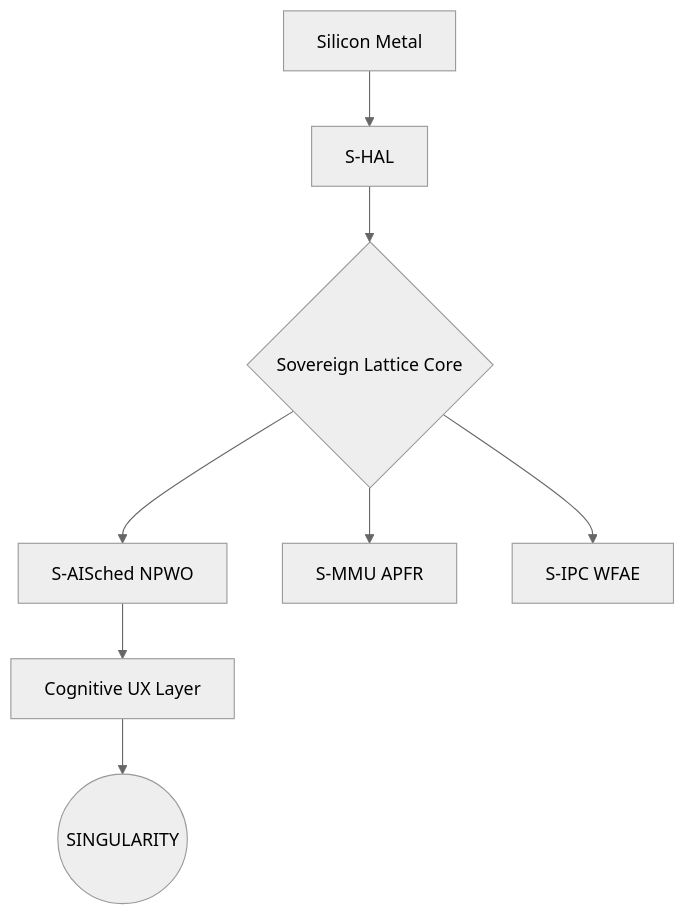
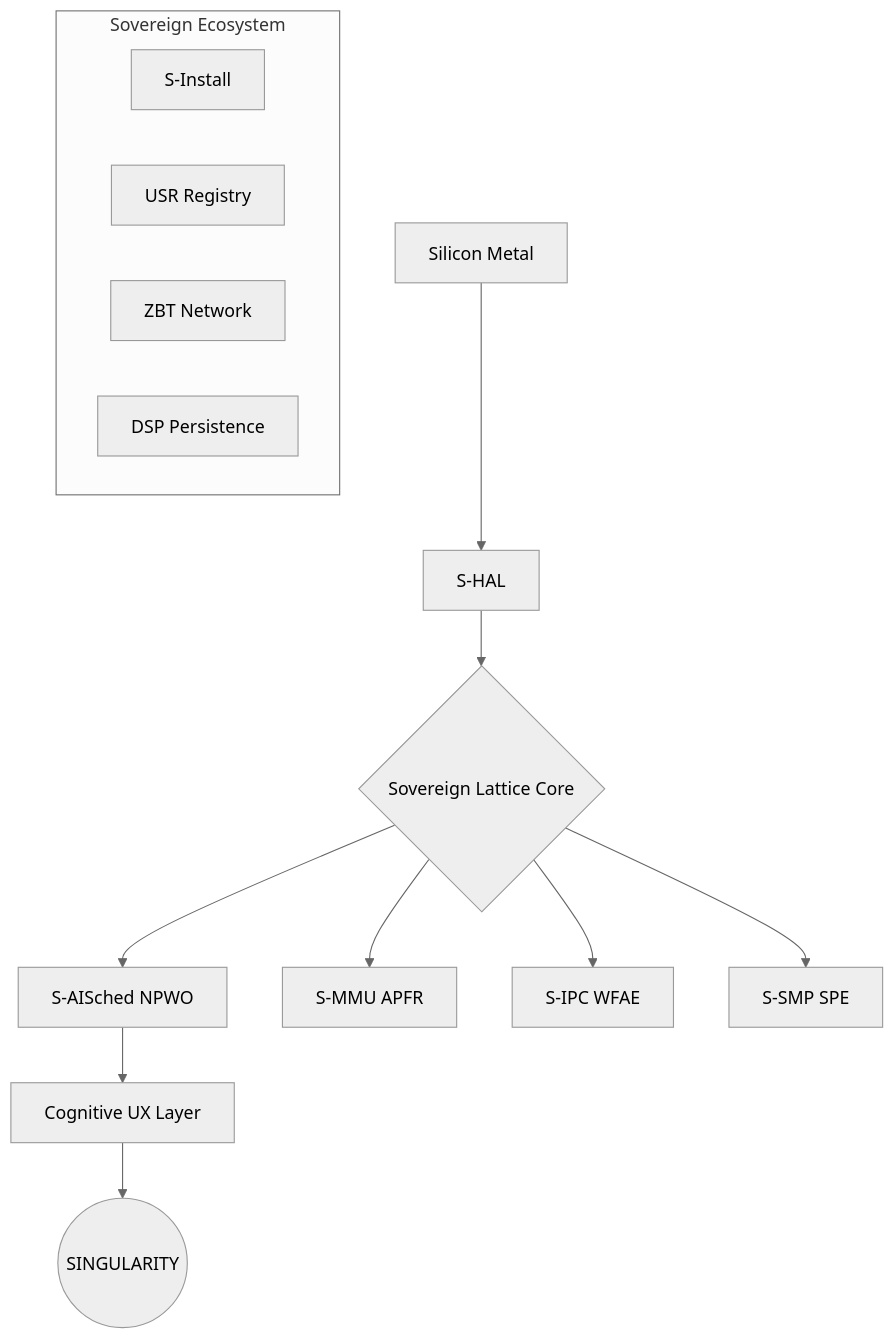
The first of 2 diagrams in README.md (AaryanSinghChauhan09/SigmaOS), drawn with Mermaid (neutral theme) before and after one commit. The commit also changed other lines of this file and 11 other files, not shown here.

````diff
--- a/README.md
+++ b/README.md
@@ -53,10 +19,18 @@
 ```mermaid
 graph TD
     A[Silicon Metal] --> B[S-HAL]
     B --> C{Sovereign Lattice Core}
     C --> D[S-AISched NPWO]
     C --> E[S-MMU APFR]
     C --> F[S-IPC WFAE]
-    D --> G[Cognitive UX Layer]
-    G --> H((SINGULARITY))
+    C --> G[S-SMP SPE]
+    D --> H[Cognitive UX Layer]
+    H --> I((SINGULARITY))
+    
+    subgraph "Sovereign Ecosystem"
+    J[S-Install]
+    K[USR Registry]
+    L[ZBT Network]
+    M[DSP Persistence]
+    end
 ```
````
